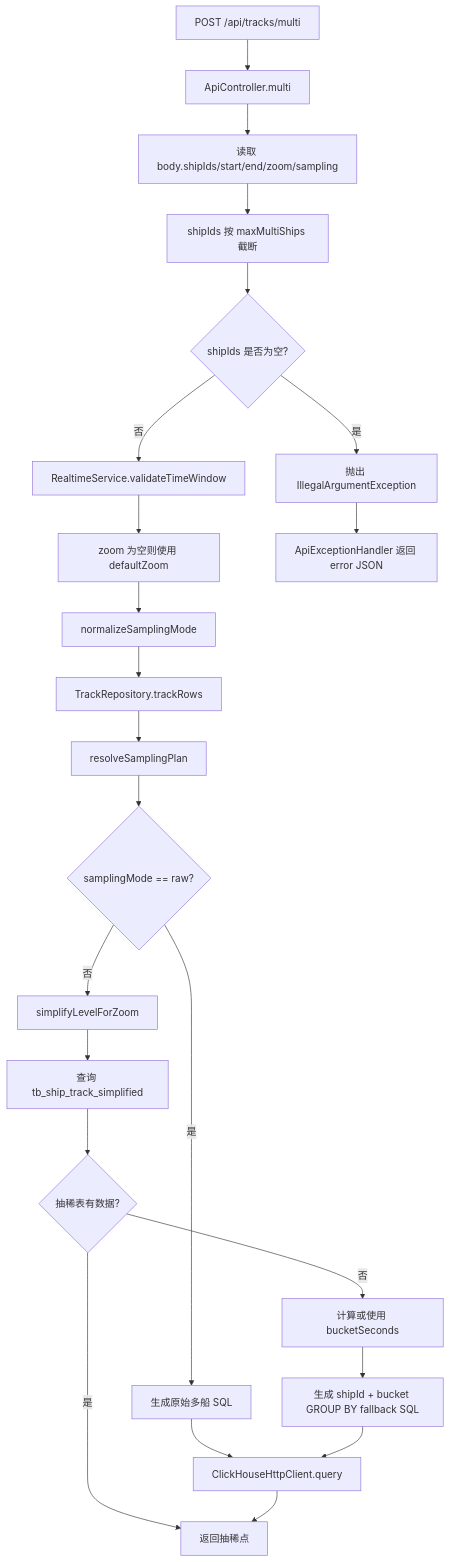
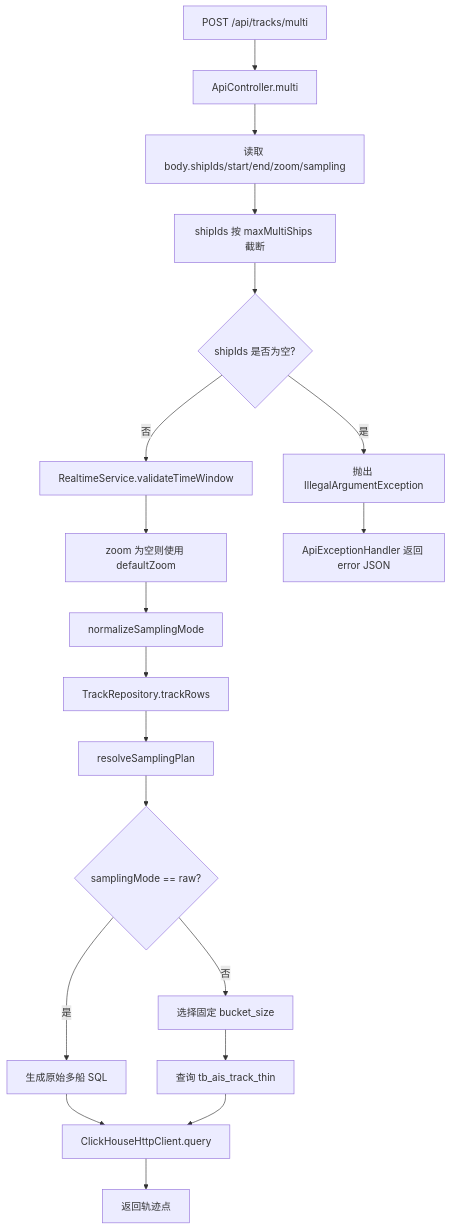
Diagram 16 of 19 in docs/API_FLOW.md (yuqiangdede/testTrack), drawn with Mermaid before and after one commit. The commit also changed other lines of this file and 24 other files, not shown here.

````diff
--- a/docs/API_FLOW.md
+++ b/docs/API_FLOW.md
@@ -536,25 +519,21 @@
 ```mermaid
 flowchart TD
   A["POST /api/tracks/multi"] --> B["ApiController.multi"]
   B --> C["读取 body.shipIds/start/end/zoom/sampling"]
   C --> D["shipIds 按 maxMultiShips 截断"]
   D --> E{"shipIds 是否为空?"}
   E -->|是| F["抛出 IllegalArgumentException"]
   E -->|否| G["RealtimeService.validateTimeWindow"]
   G --> H["zoom 为空则使用 defaultZoom"]
   H --> I["normalizeSamplingMode"]
   I --> J["TrackRepository.trackRows"]
   J --> K["resolveSamplingPlan"]
   K --> L{"samplingMode == raw?"}
   L -->|是| M["生成原始多船 SQL"]
-  L -->|否| N["simplifyLevelForZoom"]
-  N --> O["查询 tb_ship_track_simplified"]
-  O --> P{"抽稀表有数据?"}
-  P -->|是| Q["返回抽稀点"]
-  P -->|否| R["计算或使用 bucketSeconds"]
-  R --> S["生成 shipId + bucket GROUP BY fallback SQL"]
+  L -->|否| N["选择固定 bucket_size"]
+  N --> O["查询 tb_ais_track_thin"]
   M --> T["ClickHouseHttpClient.query"]
-  S --> T
-  T --> Q
+  O --> T
+  T --> Q["返回轨迹点"]
   F --> U["ApiExceptionHandler 返回 error JSON"]
 ```
````
